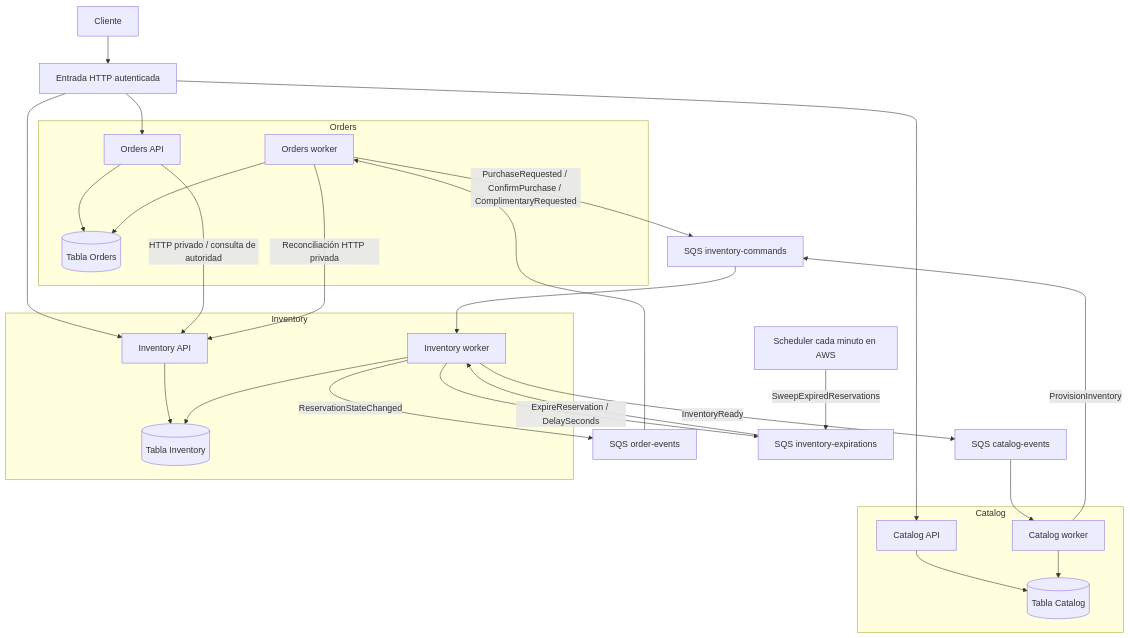
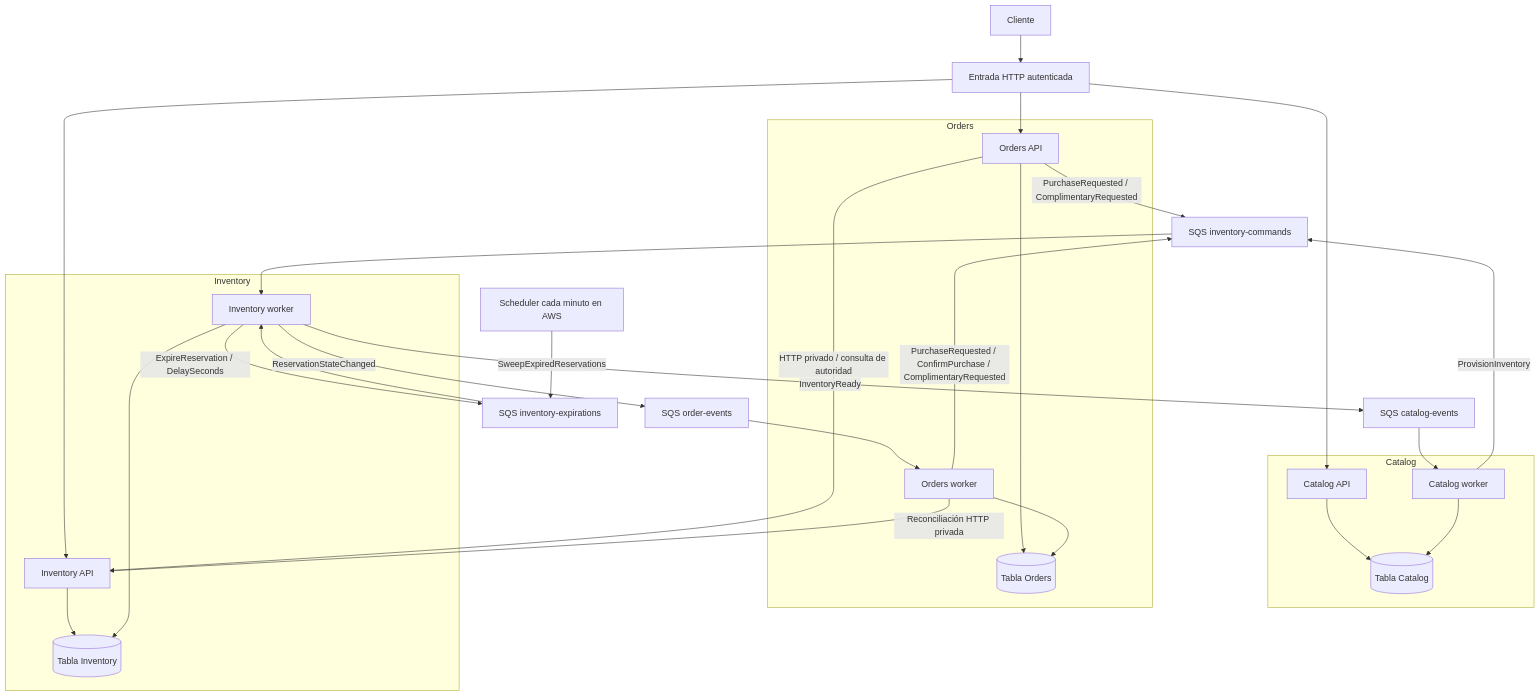
One commit to dorlanpabon/ticketing-platform changed the diagram in docs/architecture-runtime.md. Above: the diagram before and after it, drawn with Mermaid. The commit also changed other lines of this file and 347 other files, not shown here.

````diff
--- a/docs/architecture-runtime.md
+++ b/docs/architecture-runtime.md
@@ -19,33 +19,34 @@
 ```mermaid
 flowchart TB
   Client[Cliente] --> Edge[Entrada HTTP autenticada]
   Edge --> CA[Catalog API]
   Edge --> OA[Orders API]
   Edge --> IA[Inventory API]
   OA -->|HTTP privado / consulta de autoridad| IA
   OW[Orders worker] -->|Reconciliación HTTP privada| IA
 
   subgraph Catalog
     CA --> CD[(Tabla Catalog)]
     CW[Catalog worker] --> CD
   end
   subgraph Orders
     OA --> OD[(Tabla Orders)]
     OW --> OD
   end
   subgraph Inventory
     IA --> ID[(Tabla Inventory)]
     IW[Inventory worker] --> ID
   end
 
   CW -->|ProvisionInventory| Commands[SQS inventory-commands]
+  OA -->|PurchaseRequested / ComplimentaryRequested| Commands
   OW -->|PurchaseRequested / ConfirmPurchase / ComplimentaryRequested| Commands
   Commands --> IW
   IW -->|InventoryReady| CE[SQS catalog-events]
   CE --> CW
   IW -->|ReservationStateChanged| OE[SQS order-events]
   OE --> OW
   IW -->|ExpireReservation / DelaySeconds| Expiry[SQS inventory-expirations]
   Scheduler[Scheduler cada minuto en AWS] -->|SweepExpiredReservations| Expiry
   Expiry --> IW
 ```
````
